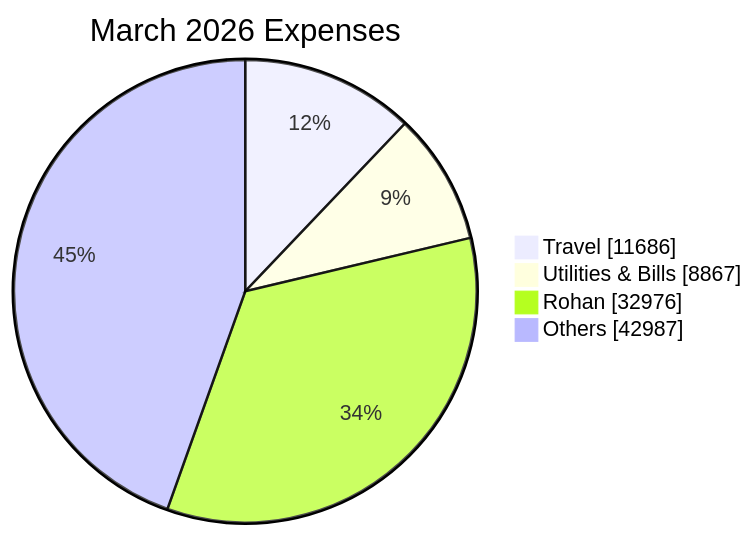
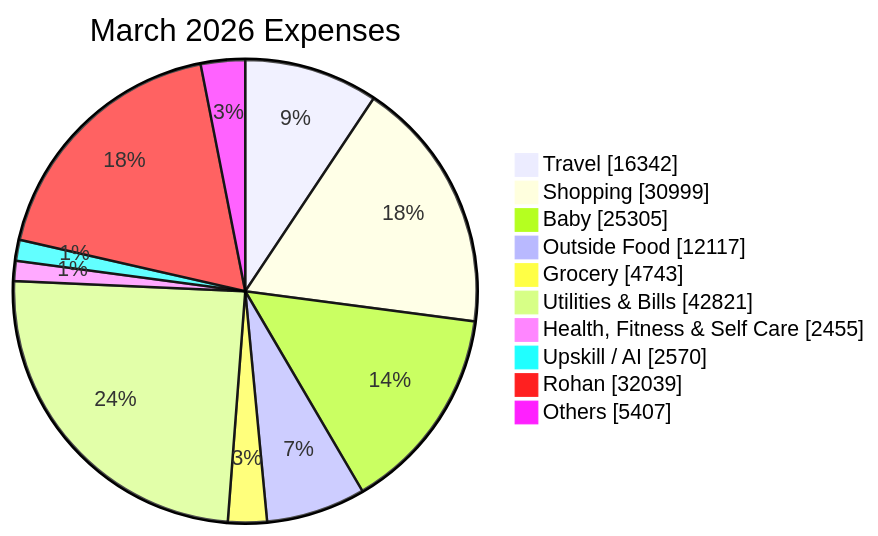
Before and after one commit to sachin-hg/expense-reporter: the second of 2 diagrams in reports/2026-03.md, drawn with Mermaid. The commit also changed other lines of this file and 20 other files, not shown here.

````diff
--- a/reports/2026-03.md
+++ b/reports/2026-03.md
@@ -44,8 +44,14 @@
 ```mermaid
 pie showData
     title March 2026 Expenses
-    "Travel" : 11686
-    "Utilities & Bills" : 8867
-    "Rohan" : 32976
-    "Others" : 42987
+    "Travel" : 16342
+    "Shopping" : 30999
+    "Baby" : 25305
+    "Outside Food" : 12117
+    "Grocery" : 4743
+    "Utilities & Bills" : 42821
+    "Health, Fitness & Self Care" : 2455
+    "Upskill / AI" : 2570
+    "Rohan" : 32039
+    "Others" : 5407
 ```
````
